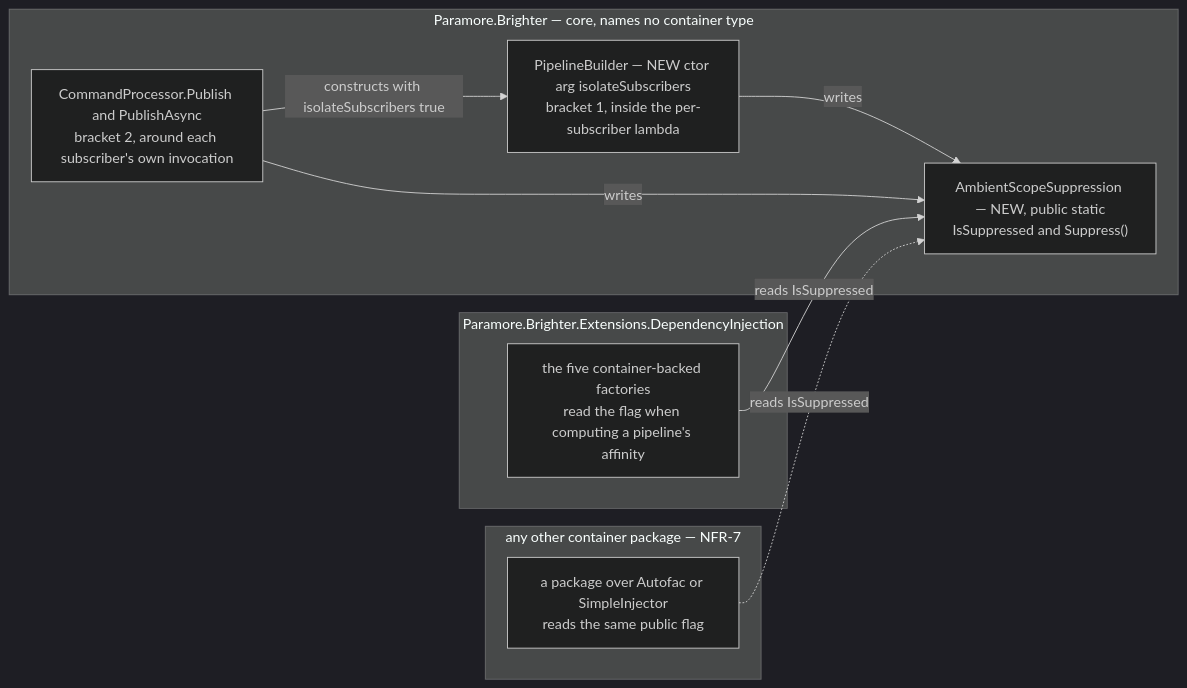
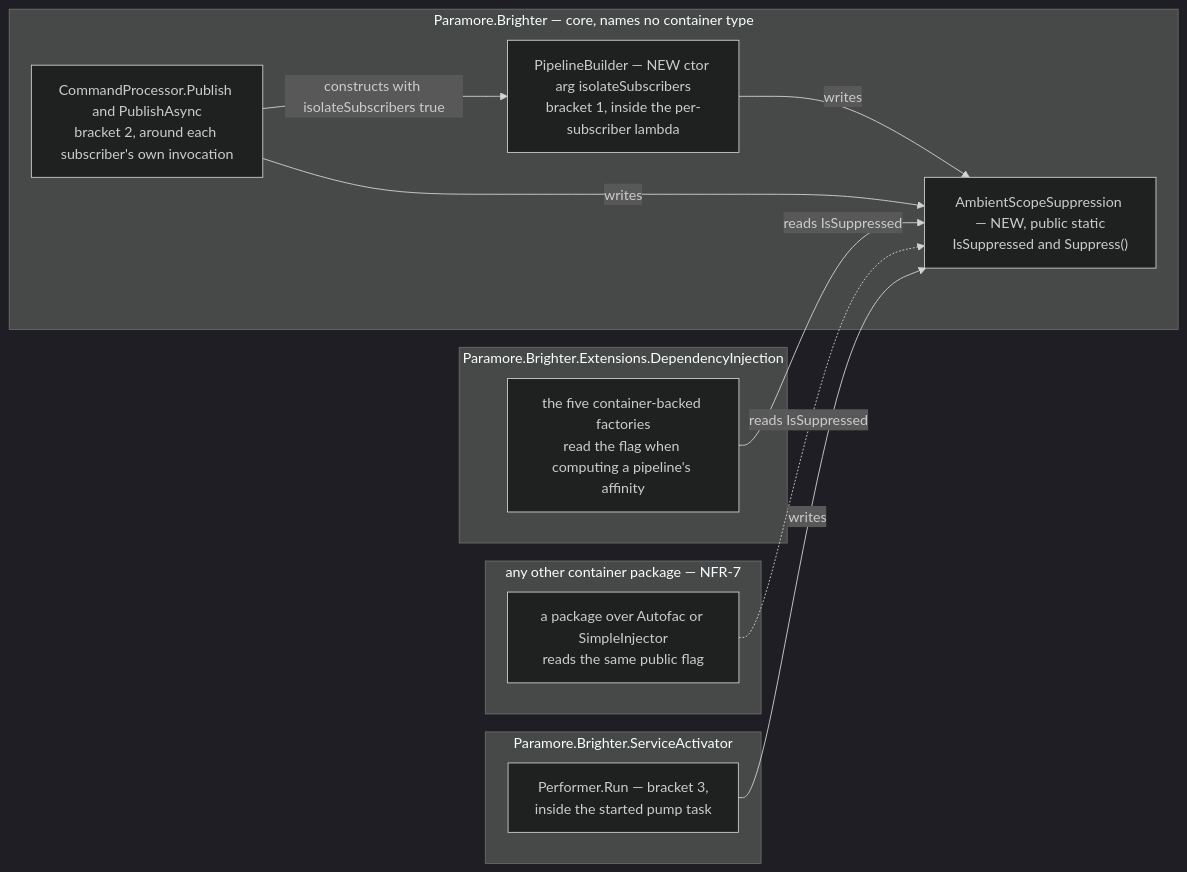
The second of 2 diagrams in docs/adr/0075-publish-subscriber-scope-suppression.md (BrighterCommand/Brighter), drawn with Mermaid (dark theme) before and after one commit. The commit also changed other lines of this file and 2 other files, not shown here.

````diff
--- a/docs/adr/0075-publish-subscriber-scope-suppression.md
+++ b/docs/adr/0075-publish-subscriber-scope-suppression.md
@@ -143,22 +149,27 @@
 ```mermaid
 flowchart LR
     subgraph core["Paramore.Brighter — core, names no container type"]
         suppress["AmbientScopeSuppression — NEW, public static<br/>IsSuppressed and Suppress()"]
         pb["PipelineBuilder — NEW ctor arg isolateSubscribers<br/>bracket 1, inside the per-subscriber lambda"]
         cp["CommandProcessor.Publish and PublishAsync<br/>bracket 2, around each subscriber's own invocation"]
         pb -- "writes" --> suppress
         cp -- "writes" --> suppress
         cp -- "constructs with isolateSubscribers true" --> pb
     end
 
     subgraph di["Paramore.Brighter.Extensions.DependencyInjection"]
         facs["the five container-backed factories<br/>read the flag when computing a pipeline's affinity"]
     end
 
     subgraph other["any other container package — NFR-7"]
         third["a package over Autofac or SimpleInjector<br/>reads the same public flag"]
     end
 
+    subgraph sa["Paramore.Brighter.ServiceActivator"]
+        perf["Performer.Run — bracket 3,<br/>inside the started pump task"]
+    end
+
     facs -- "reads IsSuppressed" --> suppress
     third -. "reads IsSuppressed" .-> suppress
+    perf -- "writes" --> suppress
 ```
````
